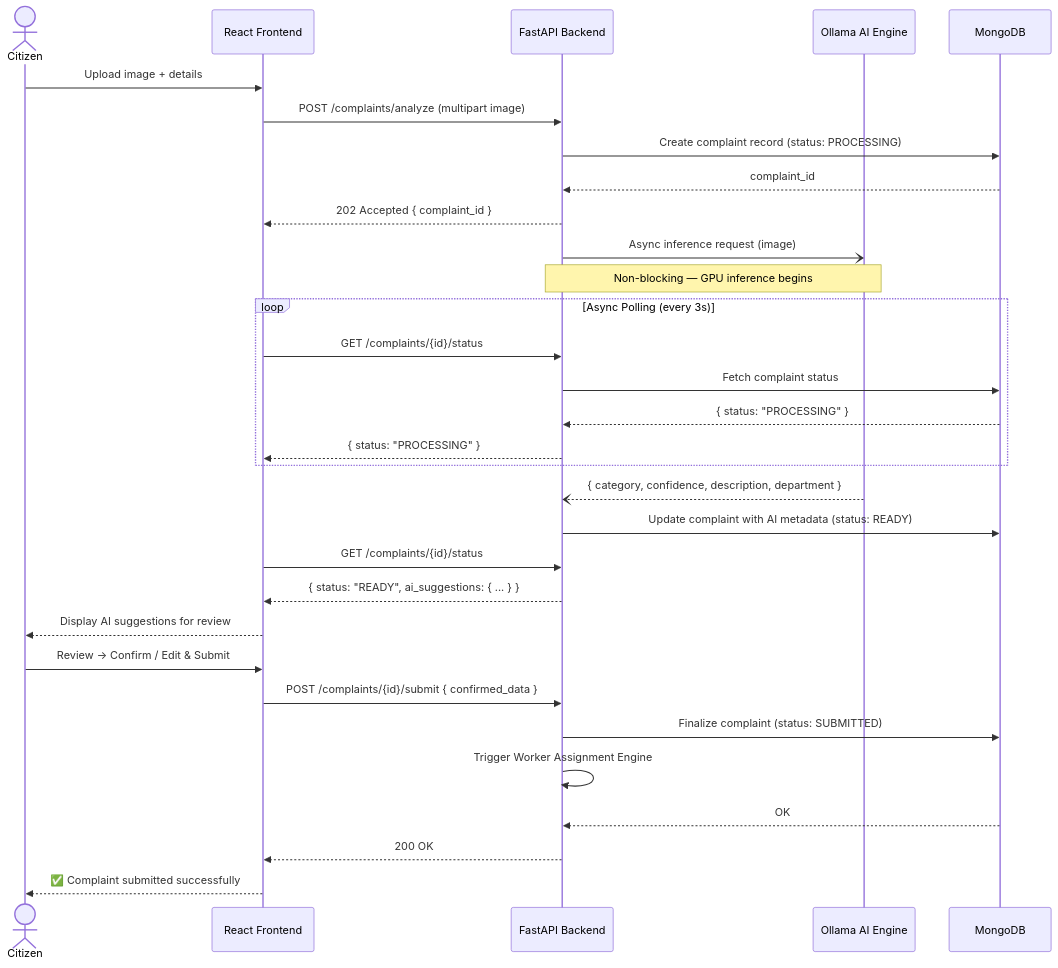
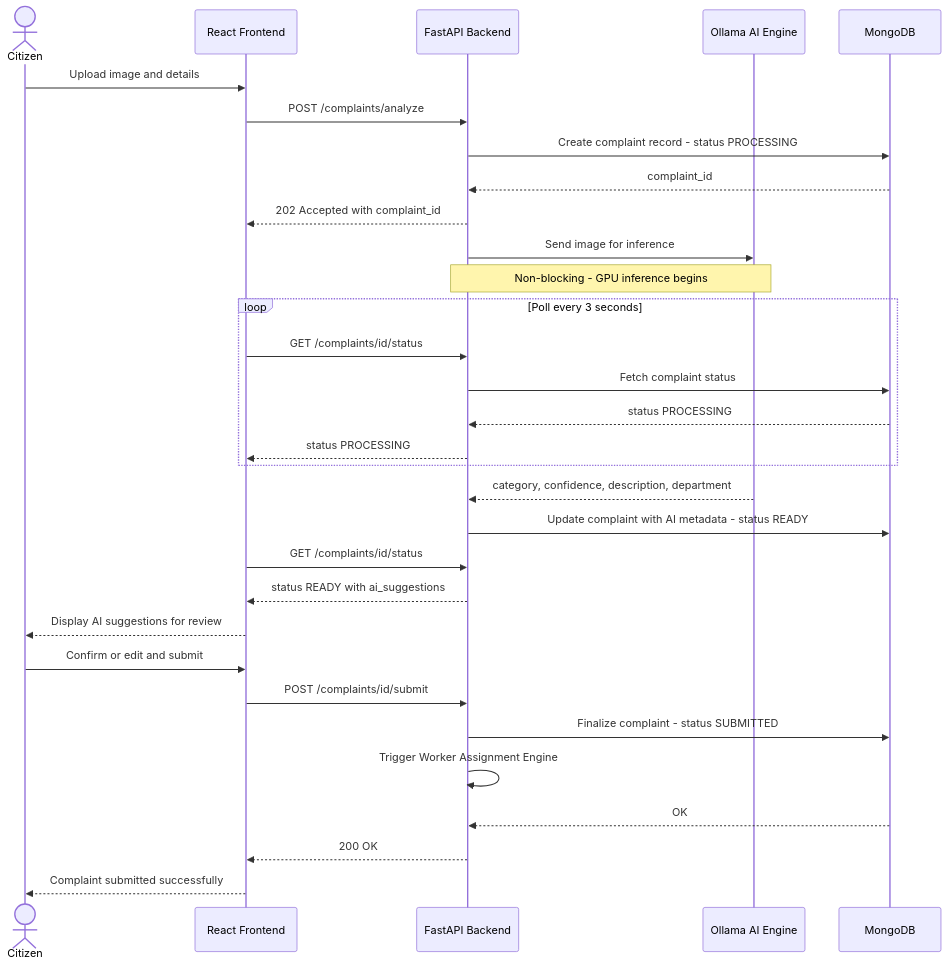
Before and after one commit to ark5234/Jan-Sunwai-AI: the seventh of 10 diagrams in docs/DIAGRAMS.md, drawn with Mermaid. The commit also changed other lines of this file and 14 other files, not shown here.

Commit message:
docs: add system design and implementation planning chapters with architecture diagrams to project report

````diff
--- a/docs/DIAGRAMS.md
+++ b/docs/DIAGRAMS.md
@@ -341,40 +324,36 @@
 ```mermaid
 sequenceDiagram
     actor Citizen
     participant FE as React Frontend
     participant BE as FastAPI Backend
     participant AI as Ollama AI Engine
     participant DB as MongoDB
 
-    Citizen->>FE: Upload image + details
+    Citizen->>FE: Upload image and details
+    FE->>BE: POST /complaints/analyze
+    BE->>DB: Create complaint record - status PROCESSING
+    DB-->>BE: complaint_id
+    BE-->>FE: 202 Accepted with complaint_id
+    BE->>AI: Send image for inference
+    Note over BE,AI: Non-blocking - GPU inference begins
 
-    FE->>BE: POST /complaints/analyze (multipart image)
-    BE->>DB: Create complaint record (status: PROCESSING)
-    DB-->>BE: complaint_id
-    BE-->>FE: 202 Accepted { complaint_id }
-
-    BE-)AI: Async inference request (image)
-    Note over BE,AI: Non-blocking — GPU inference begins
-
-    loop Async Polling (every 3s)
-        FE->>BE: GET /complaints/{id}/status
+    loop Poll every 3 seconds
+        FE->>BE: GET /complaints/id/status
         BE->>DB: Fetch complaint status
-        DB-->>BE: { status: "PROCESSING" }
-        BE-->>FE: { status: "PROCESSING" }
+        DB-->>BE: status PROCESSING
+        BE-->>FE: status PROCESSING
     end
 
-    AI--)BE: { category, confidence, description, department }
-    BE->>DB: Update complaint with AI metadata (status: READY)
-
-    FE->>BE: GET /complaints/{id}/status
-    BE-->>FE: { status: "READY", ai_suggestions: { ... } }
+    AI-->>BE: category, confidence, description, department
+    BE->>DB: Update complaint with AI metadata - status READY
+    FE->>BE: GET /complaints/id/status
+    BE-->>FE: status READY with ai_suggestions
     FE-->>Citizen: Display AI suggestions for review
-
-    Citizen->>FE: Review → Confirm / Edit & Submit
-    FE->>BE: POST /complaints/{id}/submit { confirmed_data }
-    BE->>DB: Finalize complaint (status: SUBMITTED)
+    Citizen->>FE: Confirm or edit and submit
+    FE->>BE: POST /complaints/id/submit
+    BE->>DB: Finalize complaint - status SUBMITTED
     BE->>BE: Trigger Worker Assignment Engine
     DB-->>BE: OK
     BE-->>FE: 200 OK
-    FE-->>Citizen: ✅ Complaint submitted successfully
+    FE-->>Citizen: Complaint submitted successfully
 ```
````
